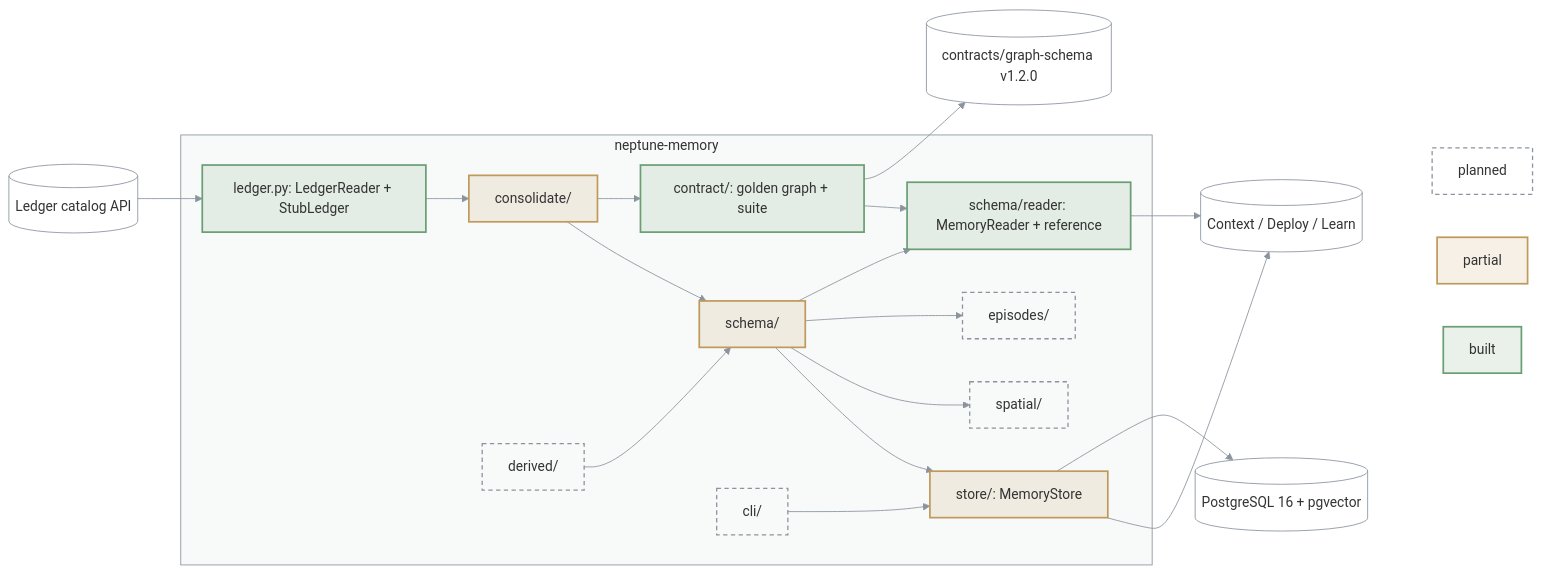
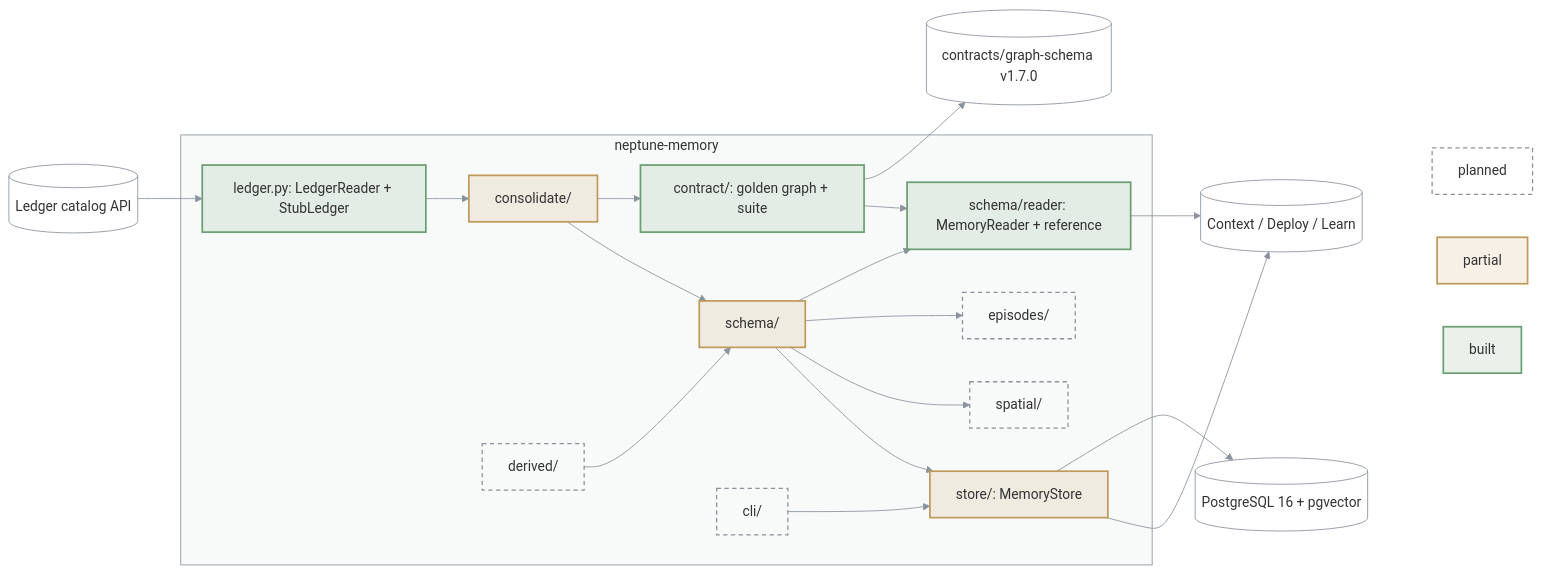
The diagram in packages/neptune-memory/ARCHITECTURE.md (bennytay/neptune), drawn with Mermaid before and after one commit. The commit also changed 26 other files, not shown here.

First line of the commit message:
wip(memory): calibration history and drift consolidator, graph-schema 1.7.0

````diff
--- a/packages/neptune-memory/ARCHITECTURE.md
+++ b/packages/neptune-memory/ARCHITECTURE.md
@@ -3,48 +3,48 @@
 ```mermaid
 flowchart LR
   LED[("Ledger catalog API")]
   PG[("PostgreSQL 16 + pgvector")]
   subgraph M["neptune-memory"]
     SEAM["ledger.py: LedgerReader + StubLedger"]
     CON["consolidate/"]
     DER["derived/"]
     SCH["schema/"]
     RD["schema/reader: MemoryReader + reference"]
     CT["contract/: golden graph + suite"]
     STO["store/: MemoryStore"]
     SPA["spatial/"]
     EPI["episodes/"]
     CLI["cli/"]
   end
   OUT[("Context / Deploy / Learn")]
   LED --> SEAM --> CON --> SCH --> STO
   DER --> SCH
   SCH --> SPA & EPI
   SCH --> RD --> OUT
   CON --> CT --> RD
-  CT --> REG[("contracts/graph-schema v1.2.0")]
+  CT --> REG[("contracts/graph-schema v1.7.0")]
   STO --> OUT
   CLI --> STO
   STO --> PG
 
   subgraph KEY[" "]
     K1["built"]
     K2["partial"]
     K3["planned"]
   end
   OUT ~~~ K1 & K2 & K3
 
   classDef built fill:#6a9f7426,stroke:#6a9f74,stroke-width:2px
   classDef partial fill:#c09a5b26,stroke:#c09a5b,stroke-width:2px
   classDef todo fill:none,stroke:#8b949e,stroke-width:1.5px,stroke-dasharray:5 4
   classDef ext fill:none,stroke:#8b949e,stroke-width:1px
   class K1 built
   class K2 partial
   class DER,SPA,EPI,CLI,K3 todo
   class CON,SCH,STO partial
   class SEAM,RD,CT built
   class LED,OUT,PG,REG ext
   style M fill:#8b949e0f,stroke:#8b949e
   style KEY fill:none,stroke:none
   linkStyle default stroke:#8b949e
 ```
````
